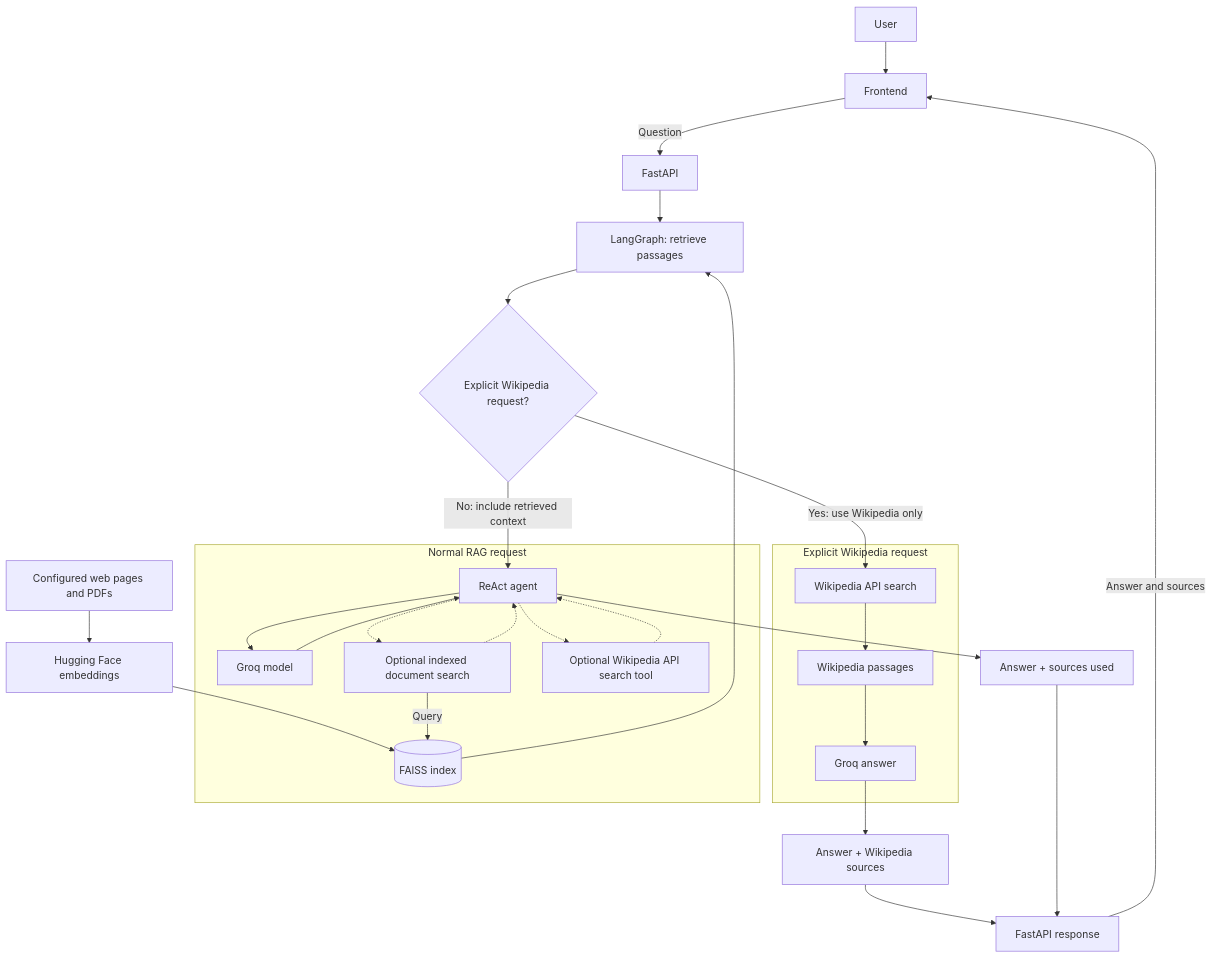
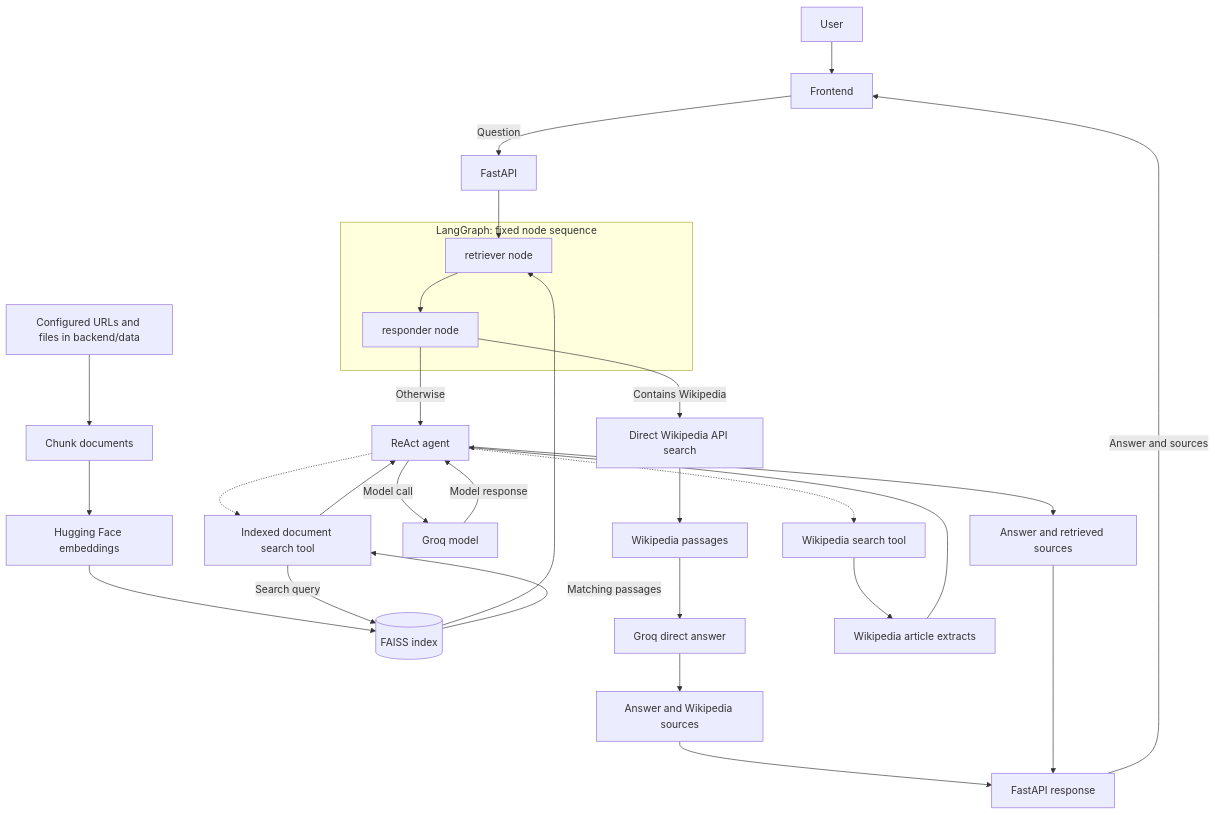
One commit to proindra/ContextIQ.ai changed the diagram in README.md. Above: the diagram before and after it, drawn with Mermaid. The commit also changed other lines of this file, not shown here.

Commit message:
Align README diagram with RAG implementation

````diff
--- a/README.md
+++ b/README.md
@@ -168,33 +168,35 @@
 ```mermaid
 flowchart TB
     User --> UI[Frontend]
     UI -->|Question| APIIn[FastAPI]
-    APIIn --> Retrieve[LangGraph: retrieve passages]
-    Sources[Configured web pages and PDFs] --> Embeddings[Hugging Face embeddings]
+    APIIn --> Retrieve
+    Sources["Configured URLs and files in backend/data"] --> Split[Chunk documents]
+    Split --> Embeddings["Hugging Face embeddings"]
     Embeddings --> Index[(FAISS index)]
-    Index --> Retrieve
-    Retrieve --> Route{Explicit Wikipedia request?}
 
-    subgraph WikipediaPath["Explicit Wikipedia request"]
-        WikiAPI[Wikipedia API search] --> WikiPassages[Wikipedia passages]
-        WikiPassages --> WikiLLM[Groq answer]
+    subgraph Graph["LangGraph: fixed node sequence"]
+        Retrieve["retriever node"] --> Responder["responder node"]
     end
 
-    subgraph RAGPath["Normal RAG request"]
-        Agent[ReAct agent] --> Groq[Groq model]
-        Groq --> Agent
-        Agent -.-> DocSearch["Optional indexed document search"]
-        DocSearch -->|Query| Index
-        DocSearch -.-> Agent
-        Agent -.-> WikiTool["Optional Wikipedia API search tool"]
-        WikiTool -.-> Agent
-    end
+    Index --> Retrieve
+    Responder -->|Contains Wikipedia| DirectWiki["Direct Wikipedia API search"]
+    DirectWiki --> WikiPassages["Wikipedia passages"]
+    WikiPassages --> WikiLLM["Groq direct answer"]
+    WikiLLM --> WikiResult["Answer and Wikipedia sources"]
 
-    Route -->|Yes: use Wikipedia only| WikiAPI
-    Route -->|No: include retrieved context| Agent
-    WikiLLM --> WikiResult[Answer + Wikipedia sources]
-    Agent --> RAGResult[Answer + sources used]
+    Responder -->|Otherwise| Agent["ReAct agent"]
+    Agent -->|Model call| AgentLLM["Groq model"]
+    AgentLLM -->|Model response| Agent
+    Agent -.-> DocSearch["Indexed document search tool"]
+    DocSearch -->|Search query| Index
+    Index -->|Matching passages| DocSearch
+    DocSearch --> Agent
+    Agent -.-> WikiTool["Wikipedia search tool"]
+    WikiTool --> WikiToolResult["Wikipedia article extracts"]
+    WikiToolResult --> Agent
+    Agent --> RAGResult["Answer and retrieved sources"]
+
     WikiResult --> APIOut[FastAPI response]
     RAGResult --> APIOut
     APIOut -->|Answer and sources| UI
 ```
````
